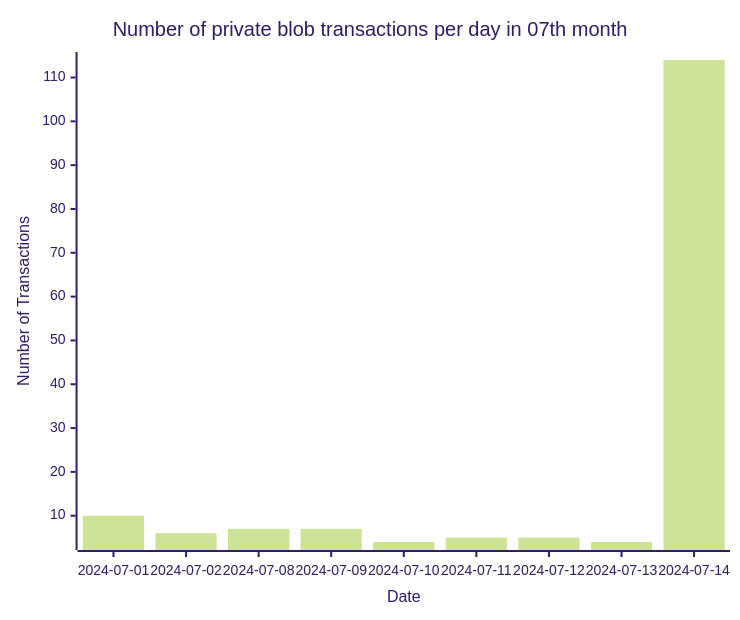
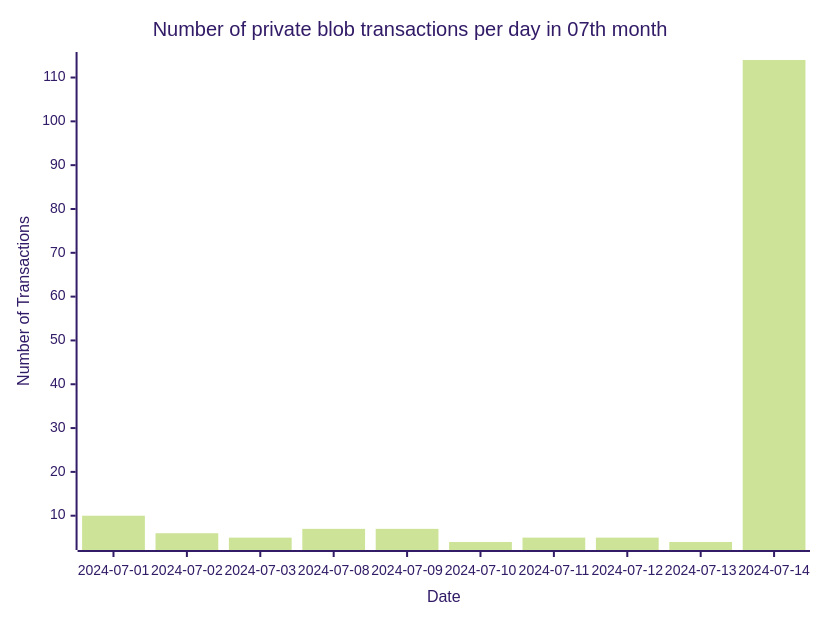
One commit to Amit0617/eip4844-data changed the fifth of 5 diagrams in README.md. Above: the diagram before and after it, drawn with Mermaid (forest theme). The commit also changed 1 other file, not shown here.

````diff
--- a/README.md
+++ b/README.md
@@ -53,12 +53,12 @@
 ```mermaid
 ---
 config:
     xyChart:
-        width: 720
+        width: 800
         height: 600
 ---
 xychart-beta title "Number of private blob transactions per day in 07th month"
-x-axis "Date" [2024-07-01,2024-07-02,2024-07-08,2024-07-09,2024-07-10,2024-07-11,2024-07-12,2024-07-13,2024-07-14]
+x-axis "Date" [2024-07-01,2024-07-02,2024-07-03,2024-07-08,2024-07-09,2024-07-10,2024-07-11,2024-07-12,2024-07-13,2024-07-14]
 y-axis "Number of Transactions"
-bar[10,6,7,7,4,5,5,4,114]
+bar[10,6,5,7,7,4,5,5,4,114]
 ```
````
